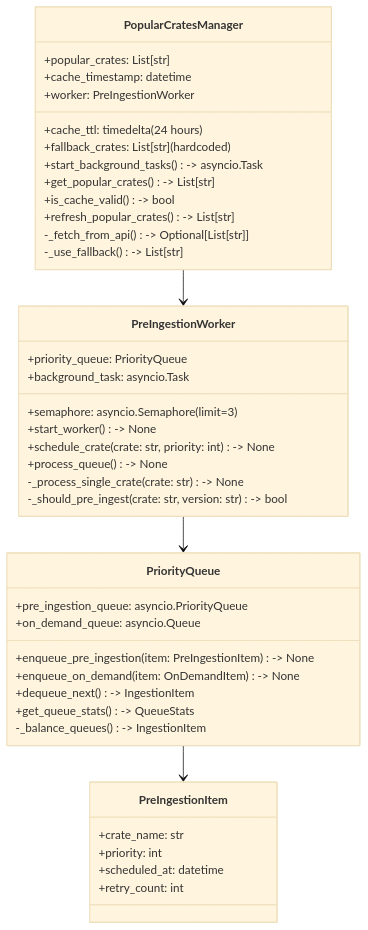
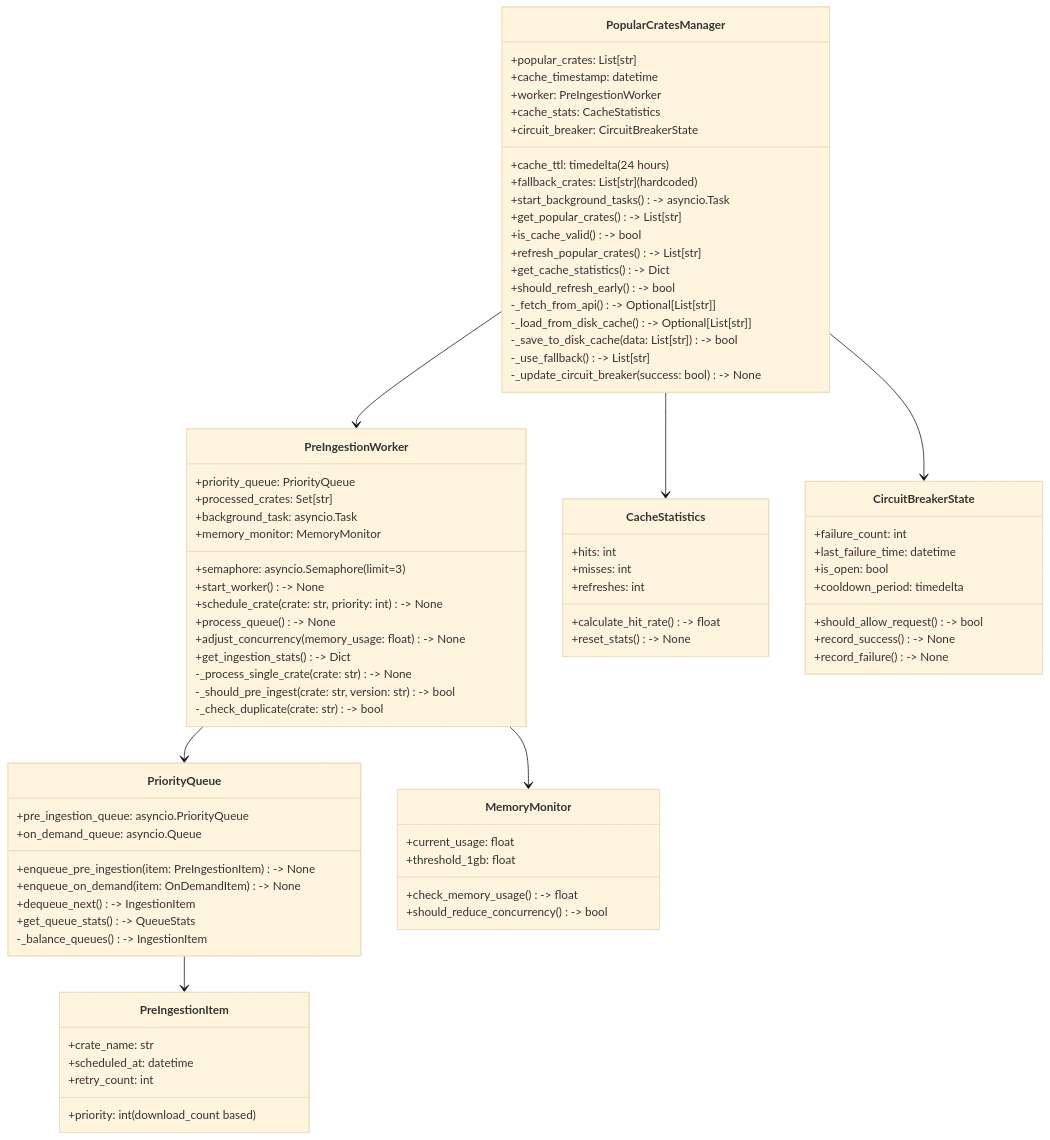
Before and after one commit to RimoVR/docsrs-mcp: diagram 38 of 43 in Architecture.md, drawn with Mermaid (base theme). The commit also changed other lines of this file and 10 other files, not shown here.

First line of the commit message:
feat: Implement enhanced popular crates list with persistent caching

````diff
--- a/Architecture.md
+++ b/Architecture.md
@@ -3009,23 +3058,35 @@
         +cache_ttl: timedelta (24 hours)
         +fallback_crates: List[str] (hardcoded)
         +worker: PreIngestionWorker
+        +cache_stats: CacheStatistics
+        +circuit_breaker: CircuitBreakerState
         +start_background_tasks() -> asyncio.Task
         +get_popular_crates() -> List[str]
         +is_cache_valid() -> bool
         +refresh_popular_crates() -> List[str]
+        +get_cache_statistics() -> Dict
+        +should_refresh_early() -> bool
         -_fetch_from_api() -> Optional[List[str]]
+        -_load_from_disk_cache() -> Optional[List[str]]
+        -_save_to_disk_cache(data: List[str]) -> bool
         -_use_fallback() -> List[str]
+        -_update_circuit_breaker(success: bool) -> None
     }
     
     class PreIngestionWorker {
         +semaphore: asyncio.Semaphore (limit=3)
         +priority_queue: PriorityQueue
+        +processed_crates: Set[str]
         +background_task: asyncio.Task
+        +memory_monitor: MemoryMonitor
         +start_worker() -> None
         +schedule_crate(crate: str, priority: int) -> None
         +process_queue() -> None
+        +adjust_concurrency(memory_usage: float) -> None
+        +get_ingestion_stats() -> Dict
         -_process_single_crate(crate: str) -> None
         -_should_pre_ingest(crate: str, version: str) -> bool
+        -_check_duplicate(crate: str) -> bool
     }
     
     class PriorityQueue {
@@ -3040,12 +3101,40 @@
     
     class PreIngestionItem {
         +crate_name: str
-        +priority: int
+        +priority: int (download_count based)
         +scheduled_at: datetime
         +retry_count: int
     }
     
+    class CacheStatistics {
+        +hits: int
+        +misses: int
+        +refreshes: int
+        +calculate_hit_rate() -> float
+        +reset_stats() -> None
+    }
+    
+    class CircuitBreakerState {
+        +failure_count: int
+        +last_failure_time: datetime
+        +is_open: bool
+        +cooldown_period: timedelta
+        +should_allow_request() -> bool
+        +record_success() -> None
+        +record_failure() -> None
+    }
+    
+    class MemoryMonitor {
+        +current_usage: float
+        +threshold_1gb: float
+        +check_memory_usage() -> float
+        +should_reduce_concurrency() -> bool
+    }
+    
     PopularCratesManager --> PreIngestionWorker
+    PopularCratesManager --> CacheStatistics
+    PopularCratesManager --> CircuitBreakerState
     PreIngestionWorker --> PriorityQueue
+    PreIngestionWorker --> MemoryMonitor
     PriorityQueue --> PreIngestionItem
 ```
````
